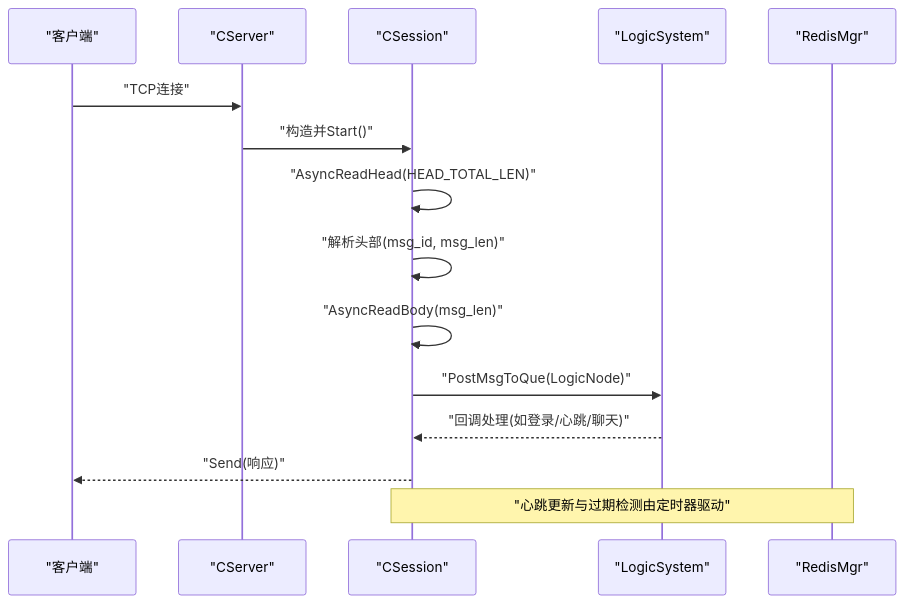
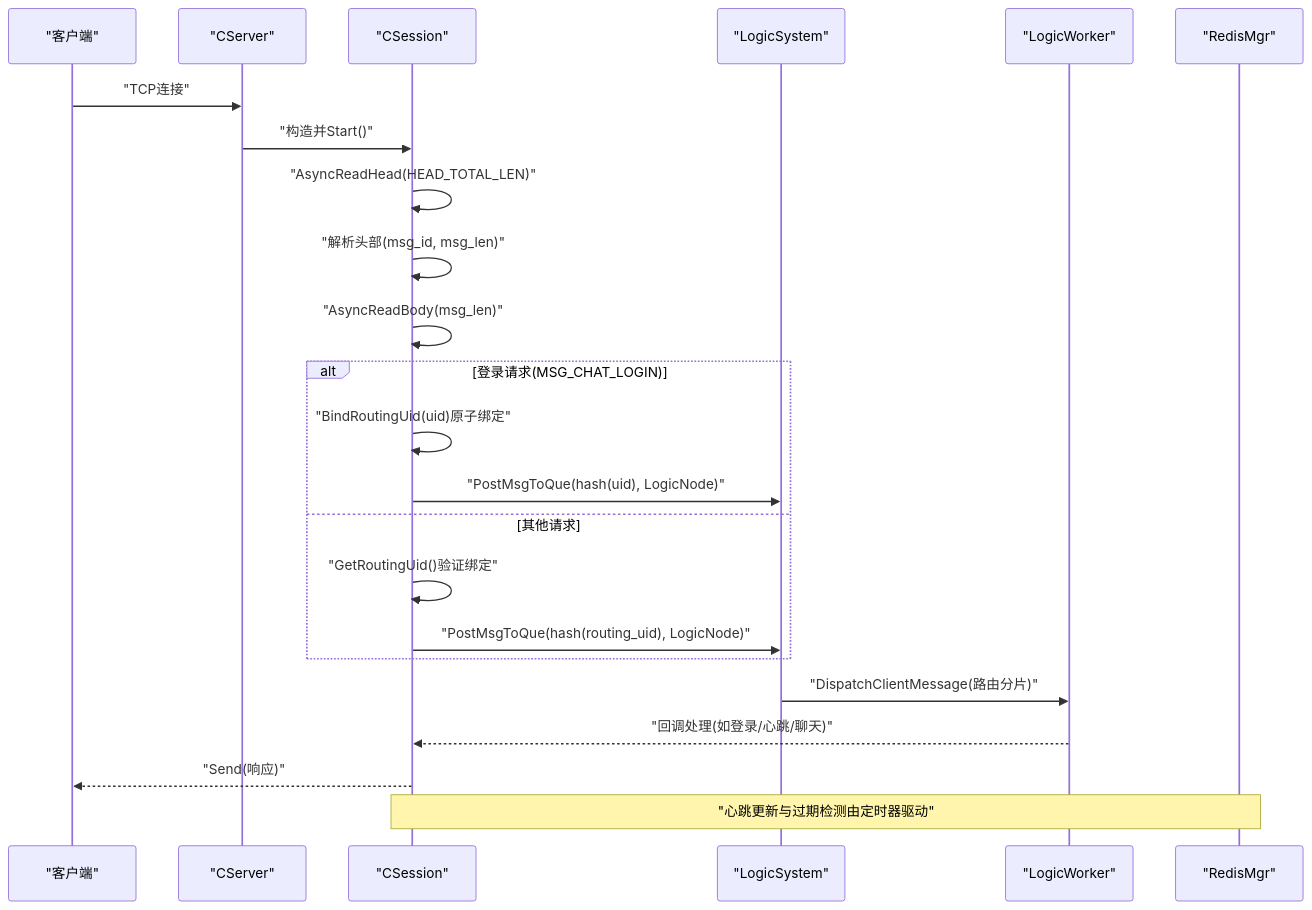
The second of 8 diagrams in .qoder/repowiki/zh/content/服务端开发/ChatServer聊天核心服务/会话管理/会话生命周期管理.md (echo9923/mychatter), drawn with Mermaid before and after one commit. The commit also changed other lines of this file and 54 other files, not shown here.

````diff
--- a/.qoder/repowiki/zh/content/服务端开发/ChatServer聊天核心服务/会话管理/会话生命周期管理.md
+++ b/.qoder/repowiki/zh/content/服务端开发/ChatServer聊天核心服务/会话管理/会话生命周期管理.md
@@ -96,17 +102,25 @@
 ```mermaid
 sequenceDiagram
 participant Client as "客户端"
 participant Server as "CServer"
 participant Session as "CSession"
 participant Logic as "LogicSystem"
+participant Worker as "LogicWorker"
 participant Redis as "RedisMgr"
 Client->>Server : "TCP连接"
 Server->>Session : "构造并Start()"
 Session->>Session : "AsyncReadHead(HEAD_TOTAL_LEN)"
 Session->>Session : "解析头部(msg_id, msg_len)"
 Session->>Session : "AsyncReadBody(msg_len)"
-Session->>Logic : "PostMsgToQue(LogicNode)"
-Logic-->>Session : "回调处理(如登录/心跳/聊天)"
+alt 登录请求(MSG_CHAT_LOGIN)
+Session->>Session : "BindRoutingUid(uid)原子绑定"
+Session->>Logic : "PostMsgToQue(hash(uid), LogicNode)"
+else 其他请求
+Session->>Session : "GetRoutingUid()验证绑定"
+Session->>Logic : "PostMsgToQue(hash(routing_uid), LogicNode)"
+end
+Logic->>Worker : "DispatchClientMessage(路由分片)"
+Worker-->>Session : "回调处理(如登录/心跳/聊天)"
 Session-->>Client : "Send(响应)"
 Note over Session,Redis : "心跳更新与过期检测由定时器驱动"
 ```
````
